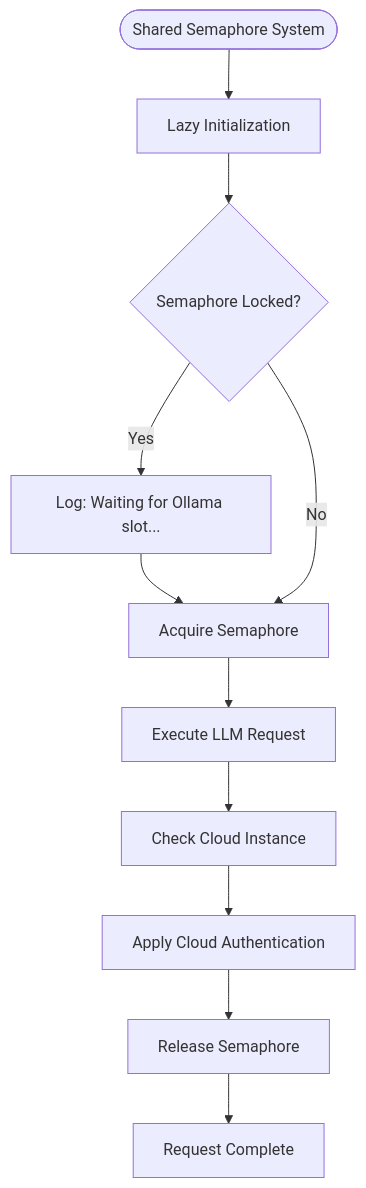
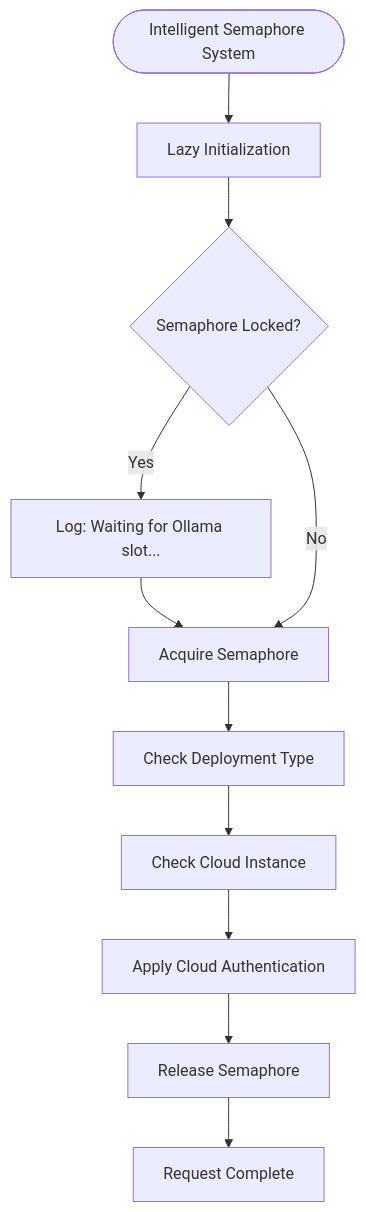
One commit to Revanththetalogics/aireume changed the fifth of 18 diagrams in .qoder/repowiki/en/content/Analysis Engine/LLM Service Integration.md. Above: the diagram before and after it, drawn with Mermaid. The commit also changed other lines of this file and 6 other files, not shown here.

````diff
--- a/.qoder/repowiki/en/content/Analysis Engine/LLM Service Integration.md
+++ b/.qoder/repowiki/en/content/Analysis Engine/LLM Service Integration.md
@@ -317,13 +372,13 @@
 ```mermaid
 flowchart TD
-Start(["Shared Semaphore System"]) --> LazyInit["Lazy Initialization"]
+Start(["Intelligent Semaphore System"]) --> LazyInit["Lazy Initialization"]
 LazyInit --> CheckLock{"Semaphore Locked?"}
 CheckLock --> |Yes| LogWait["Log: Waiting for Ollama slot..."]
 LogWait --> Acquire["Acquire Semaphore"]
 CheckLock --> |No| Acquire
-Acquire --> Execute["Execute LLM Request"]
-Execute --> CloudCheck["Check Cloud Instance"]
+Acquire --> CheckDeployment["Check Deployment Type"]
+CheckDeployment --> CloudCheck["Check Cloud Instance"]
 CloudCheck --> CloudAuth["Apply Cloud Authentication"]
 CloudAuth --> Release["Release Semaphore"]
 Release --> Complete["Request Complete"]
 ```
````
